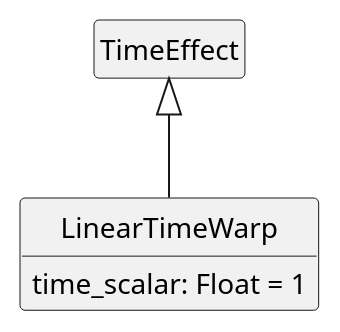
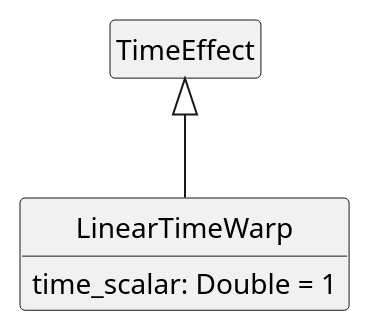
One commit to sandflow/otio-core-specification changed diagram 14 of 34 in src/main/md/otio-core.md. Above: the diagram before and after it, drawn with PlantUML. The commit also changed other lines of this file, not shown here.

````diff
--- a/src/main/md/otio-core.md
+++ b/src/main/md/otio-core.md
@@ -837,15 +837,15 @@
 ```puml
 @startuml
 hide empty members
 hide circle
 skinparam classAttributeIconSize 0
 skinparam linetype ortho
 
 TimeEffect <|-- LinearTimeWarp
 
 class LinearTimeWarp {
-  time_scalar: Float = 1
+  time_scalar: Double = 1
 }
 
 @enduml
 ```
````
